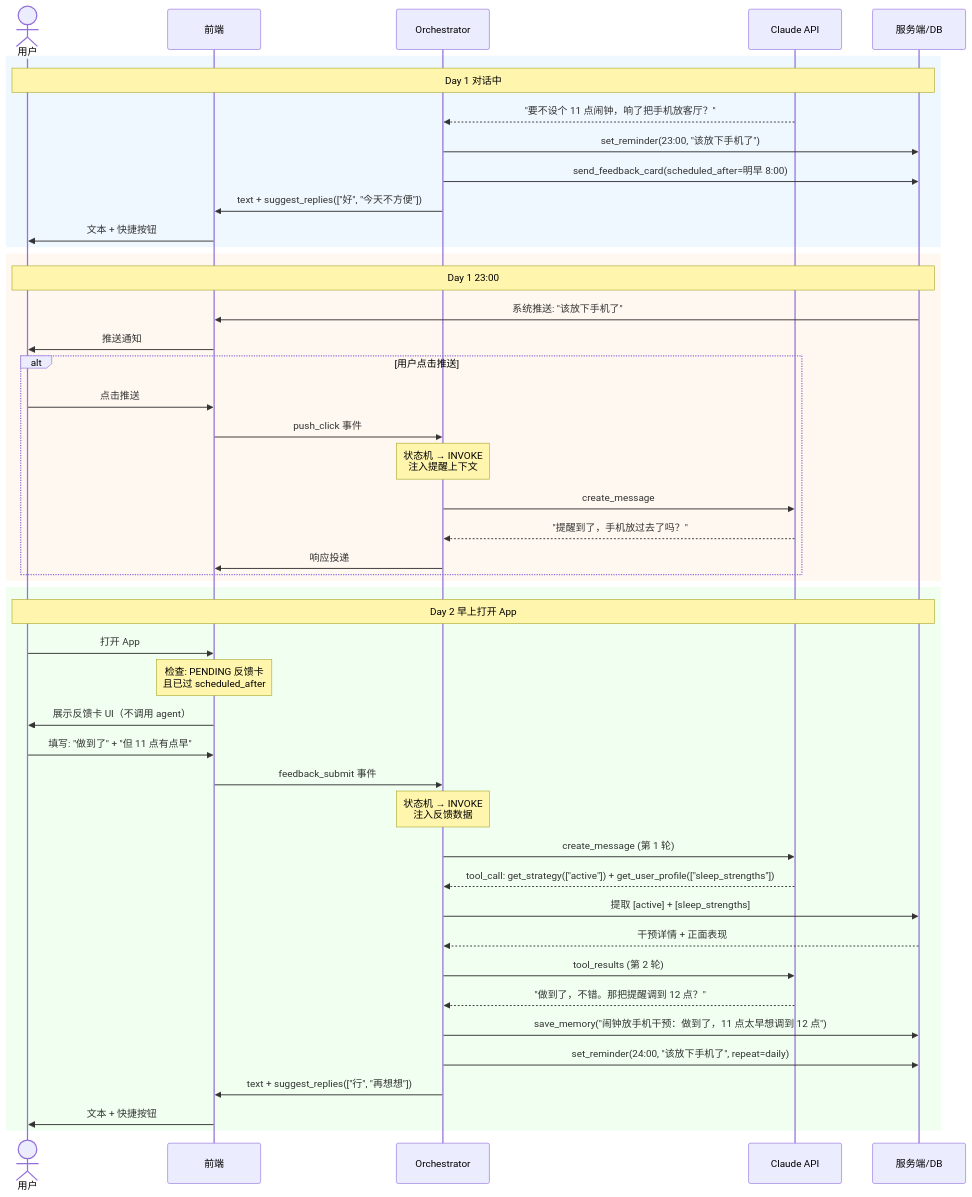
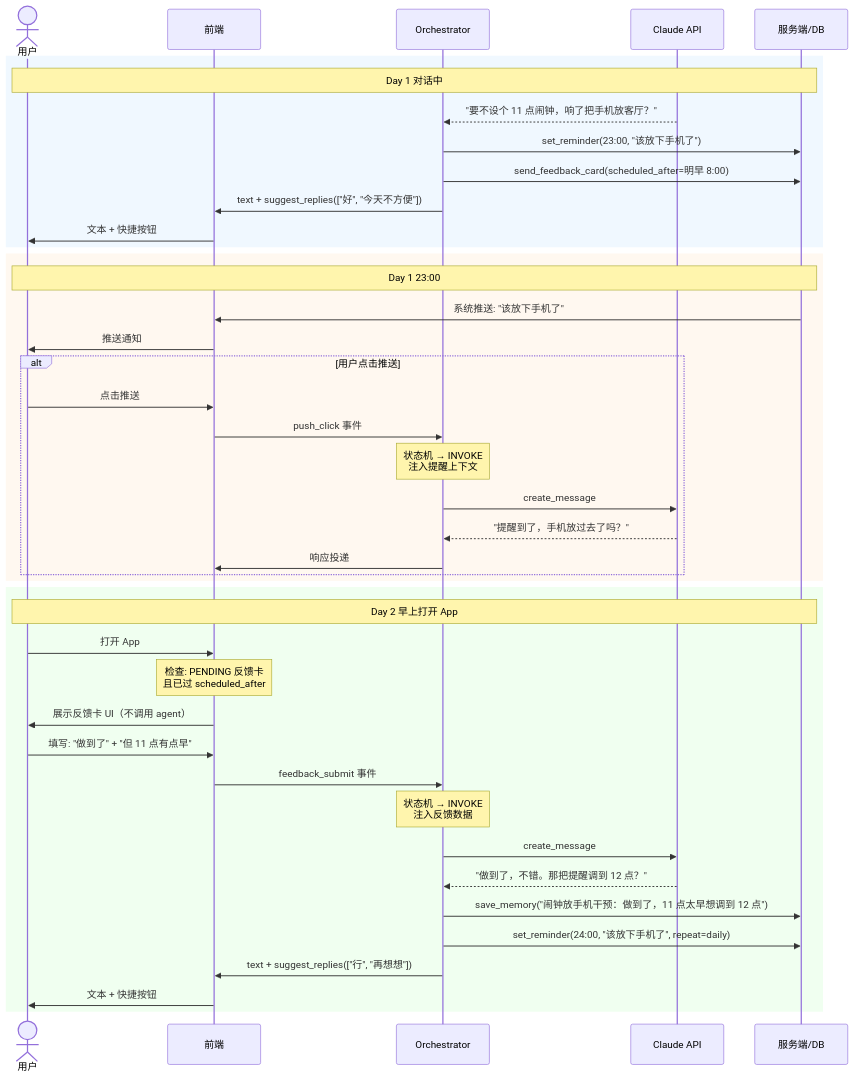
The fourth of 4 diagrams in isho-agent/08-orchestration.md (Trendolhxh/test), drawn with Mermaid before and after one commit. The commit also changed other lines of this file and 6 other files, not shown here.

````diff
--- a/isho-agent/08-orchestration.md
+++ b/isho-agent/08-orchestration.md
@@ -354,55 +332,50 @@
 ```mermaid
 sequenceDiagram
     actor 用户
     participant 前端
     participant Orch as Orchestrator
     participant Claude as Claude API
     participant DB as 服务端/DB
 
     rect rgb(240, 248, 255)
         Note over 用户, DB: Day 1 对话中
         Claude-->>Orch: "要不设个 11 点闹钟，响了把手机放客厅？"
         Orch->>DB: set_reminder(23:00, "该放下手机了")
         Orch->>DB: send_feedback_card(scheduled_after=明早 8:00)
         Orch->>前端: text + suggest_replies(["好", "今天不方便"])
         前端->>用户: 文本 + 快捷按钮
     end
 
     rect rgb(255, 248, 240)
         Note over 用户, DB: Day 1 23:00
         DB->>前端: 系统推送: "该放下手机了"
         前端->>用户: 推送通知
 
         alt 用户点击推送
             用户->>前端: 点击推送
             前端->>Orch: push_click 事件
             Note over Orch: 状态机 → INVOKE<br/>注入提醒上下文
             Orch->>Claude: create_message
             Claude-->>Orch: "提醒到了，手机放过去了吗？"
             Orch->>前端: 响应投递
         end
     end
 
     rect rgb(240, 255, 240)
         Note over 用户, DB: Day 2 早上打开 App
         用户->>前端: 打开 App
         Note over 前端: 检查: PENDING 反馈卡<br/>且已过 scheduled_after
         前端->>用户: 展示反馈卡 UI（不调用 agent）
 
         用户->>前端: 填写: "做到了" + "但 11 点有点早"
         前端->>Orch: feedback_submit 事件
         Note over Orch: 状态机 → INVOKE<br/>注入反馈数据
 
-        Orch->>Claude: create_message (第 1 轮)
-        Claude-->>Orch: tool_call: get_strategy(["active"]) + get_user_profile(["sleep_strengths"])
-        Orch->>DB: 提取 [active] + [sleep_strengths]
-        DB-->>Orch: 干预详情 + 正面表现
-
-        Orch->>Claude: tool_results (第 2 轮)
+        Orch->>Claude: create_message
         Claude-->>Orch: "做到了，不错。那把提醒调到 12 点？"
         Orch->>DB: save_memory("闹钟放手机干预：做到了，11 点太早想调到 12 点")
         Orch->>DB: set_reminder(24:00, "该放下手机了", repeat=daily)
         Orch->>前端: text + suggest_replies(["行", "再想想"])
         前端->>用户: 文本 + 快捷按钮
     end
 ```
````
